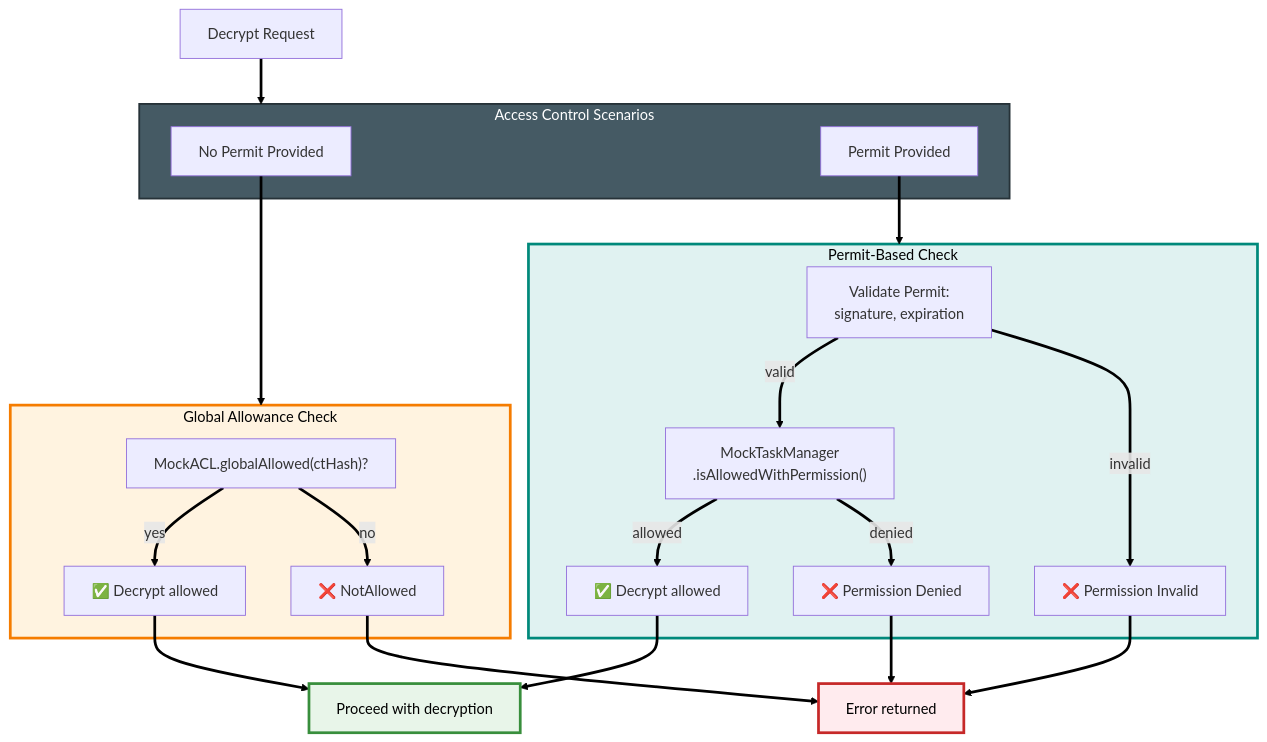
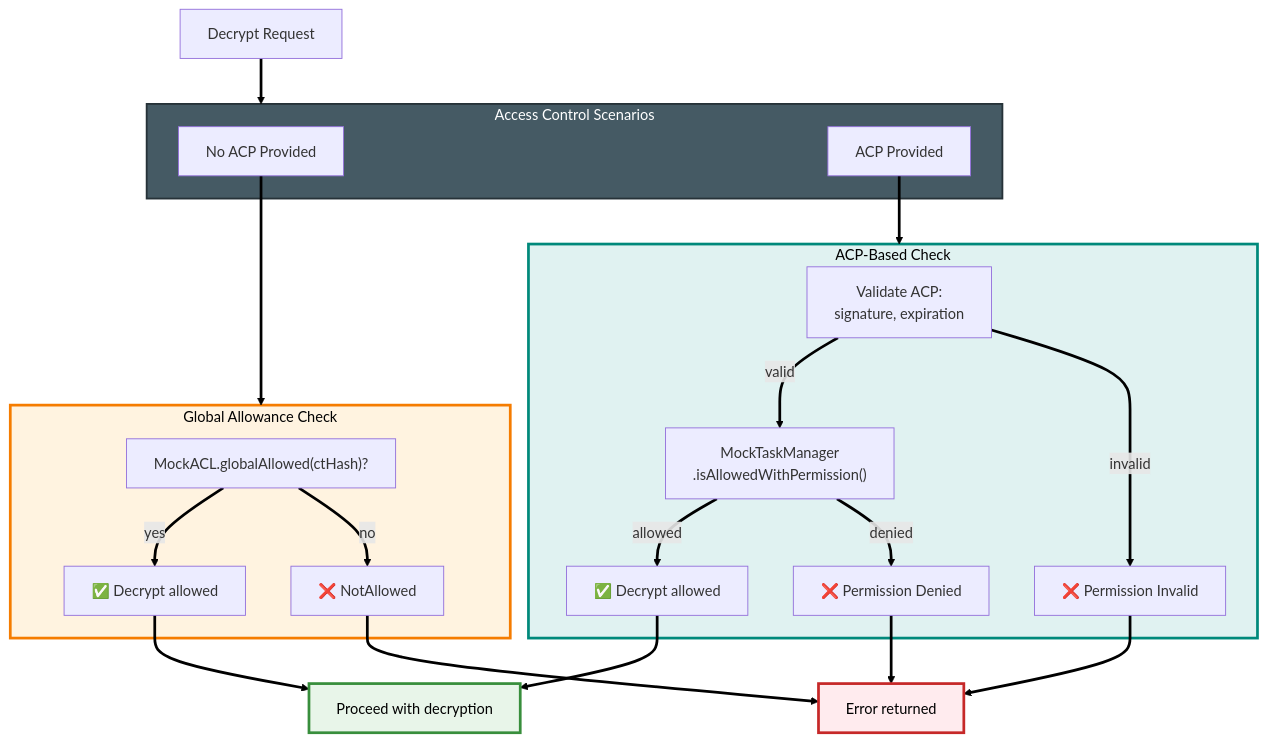
The fifth of 8 diagrams in ARCHITECTURE.md (FhenixProtocol/cofhesdk), drawn with Mermaid before and after one commit. The commit also changed other lines of this file and 190 other files, not shown here.

First line of the commit message:
refactor!: rename Permit to ACP across code, API, and docs

````diff
--- a/ARCHITECTURE.md
+++ b/ARCHITECTURE.md
@@ -274,42 +274,42 @@
 ```mermaid
 graph TB
     Query["Decrypt Request"]
 
     subgraph Scenarios["Access Control Scenarios"]
-        NoPerm["No Permit Provided"]
-        WithPerm["Permit Provided"]
+        NoPerm["No ACP Provided"]
+        WithPerm["ACP Provided"]
     end
 
     Query --> Scenarios
 
     subgraph GlobalCheck["Global Allowance Check"]
         CheckGlobal["MockACL.globalAllowed(ctHash)?"]
         CheckGlobal -->|yes| AllowGlobal["✅ Decrypt allowed"]
         CheckGlobal -->|no| DenyGlobal["❌ NotAllowed"]
     end
 
-    subgraph PermCheck["Permit-Based Check"]
-        ValidatePerm["Validate Permit:<br/>signature, expiration"]
+    subgraph PermCheck["ACP-Based Check"]
+        ValidatePerm["Validate ACP:<br/>signature, expiration"]
         ValidatePerm -->|valid| CheckPerm["MockTaskManager<br/>.isAllowedWithPermission()"]
         ValidatePerm -->|invalid| DenyPerm["❌ Permission Invalid"]
         CheckPerm -->|allowed| AllowPerm["✅ Decrypt allowed"]
         CheckPerm -->|denied| DenyAccess["❌ Permission Denied"]
     end
 
     NoPerm --> GlobalCheck
     WithPerm --> PermCheck
 
     AllowGlobal --> Decrypt["Proceed with decryption"]
     AllowPerm --> Decrypt
     DenyGlobal --> Error["Error returned"]
     DenyPerm --> Error
     DenyAccess --> Error
 
     linkStyle default stroke:#000,stroke-width:3px
 
     style GlobalCheck fill:#fff3e0,stroke:#f57c00,stroke-width:3px,color:#000
     style PermCheck fill:#e0f2f1,stroke:#00897b,stroke-width:3px,color:#000
     style Decrypt fill:#e8f5e9,stroke:#388e3c,stroke-width:3px,color:#000
     style Error fill:#ffebee,stroke:#c62828,stroke-width:3px,color:#000
     style Scenarios fill:#455a64,stroke:#263238,stroke-width:2px,color:#fff
 ```
````
